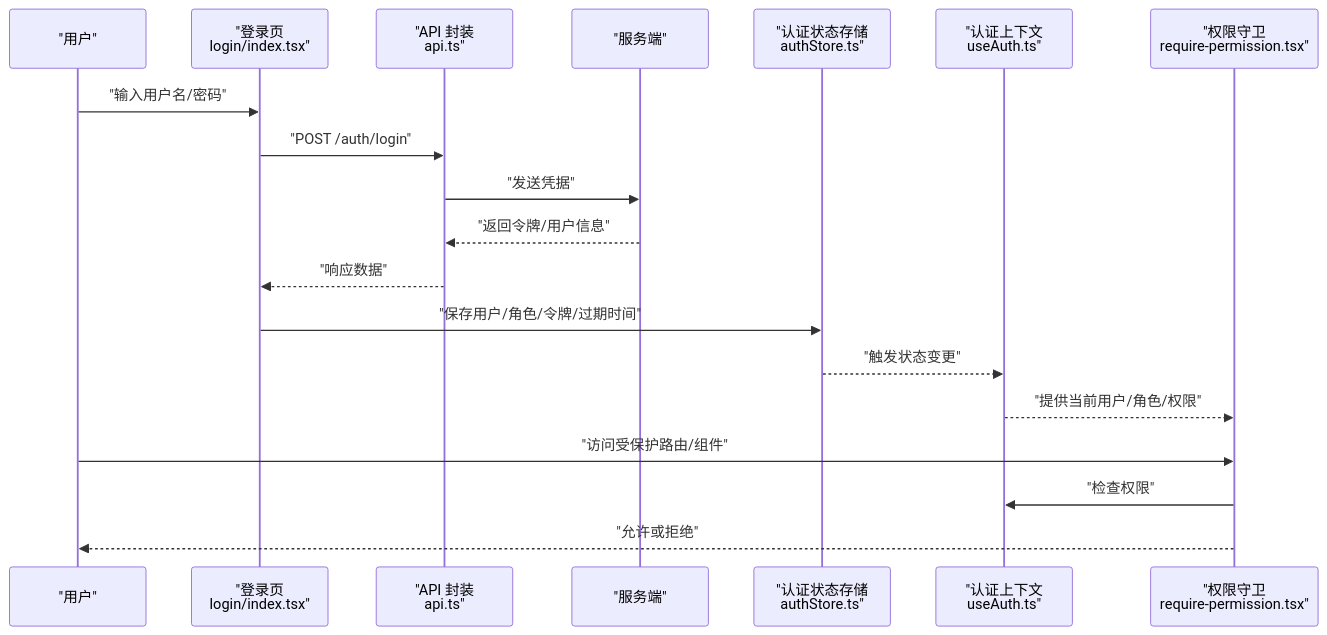
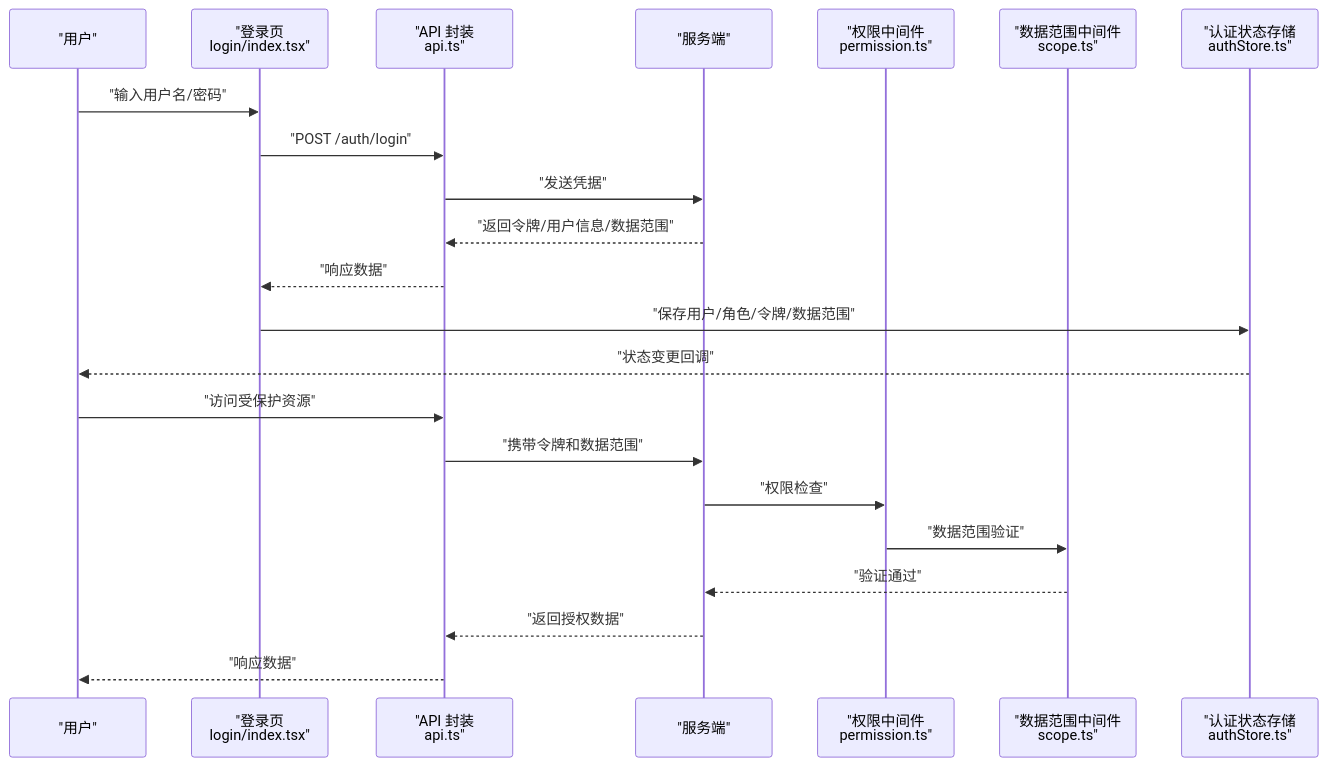
The second of 8 diagrams in .qoder/repowiki/zh/content/安全指南/认证与授权安全.md (Damao997/newproject), drawn with Mermaid before and after one commit. The commit also changed other lines of this file and 118 other files, not shown here.

````diff
--- a/.qoder/repowiki/zh/content/安全指南/认证与授权安全.md
+++ b/.qoder/repowiki/zh/content/安全指南/认证与授权安全.md
@@ -105,21 +121,24 @@
 ```mermaid
 sequenceDiagram
 participant U as "用户"
 participant L as "登录页<br/>login/index.tsx"
 participant A as "API 封装<br/>api.ts"
 participant S as "服务端"
+participant M as "权限中间件<br/>permission.ts"
+participant SC as "数据范围中间件<br/>scope.ts"
 participant ST as "认证状态存储<br/>authStore.ts"
-participant H as "认证上下文<br/>useAuth.ts"
-participant R as "权限守卫<br/>require-permission.tsx"
 U->>L : "输入用户名/密码"
 L->>A : "POST /auth/login"
 A->>S : "发送凭据"
-S-->>A : "返回令牌/用户信息"
+S-->>A : "返回令牌/用户信息/数据范围"
 A-->>L : "响应数据"
-L->>ST : "保存用户/角色/令牌/过期时间"
-ST-->>H : "触发状态变更"
-H-->>R : "提供当前用户/角色/权限"
-U->>R : "访问受保护路由/组件"
-R->>H : "检查权限"
-R-->>U : "允许或拒绝"
+L->>ST : "保存用户/角色/令牌/数据范围"
+ST-->>U : "状态变更回调"
+U->>A : "访问受保护资源"
+A->>S : "携带令牌和数据范围"
+S->>M : "权限检查"
+M->>SC : "数据范围验证"
+SC-->>S : "验证通过"
+S-->>A : "返回授权数据"
+A-->>U : "响应数据"
 ```
````
